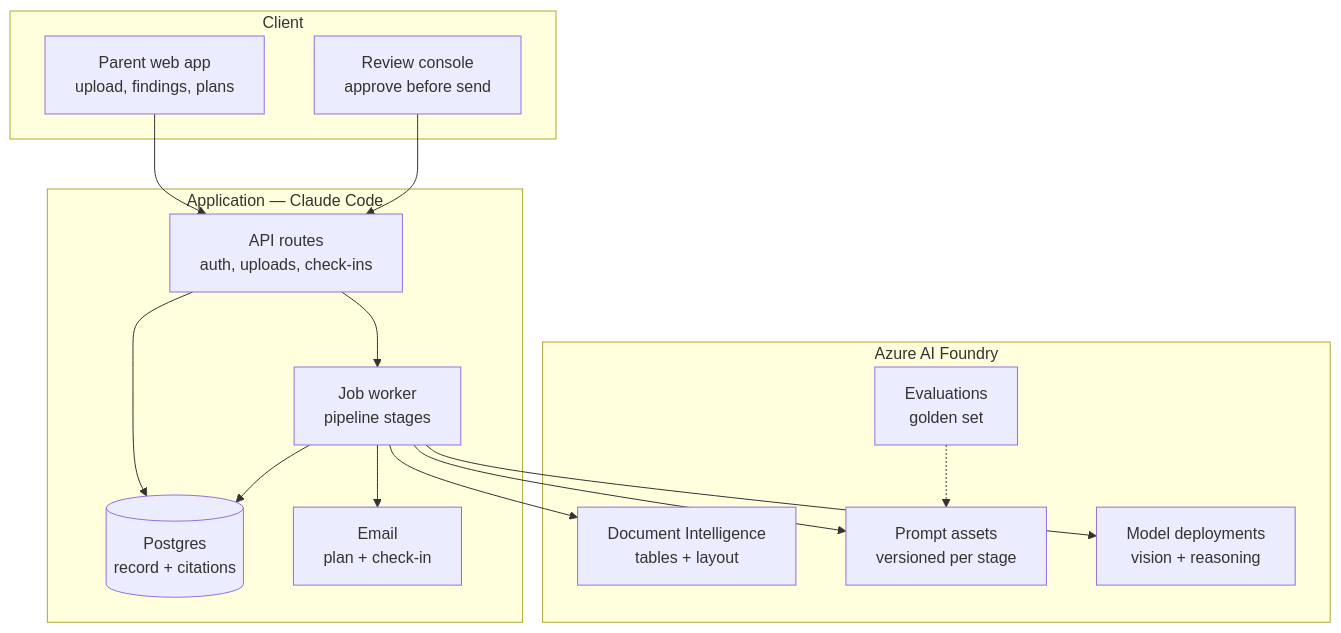
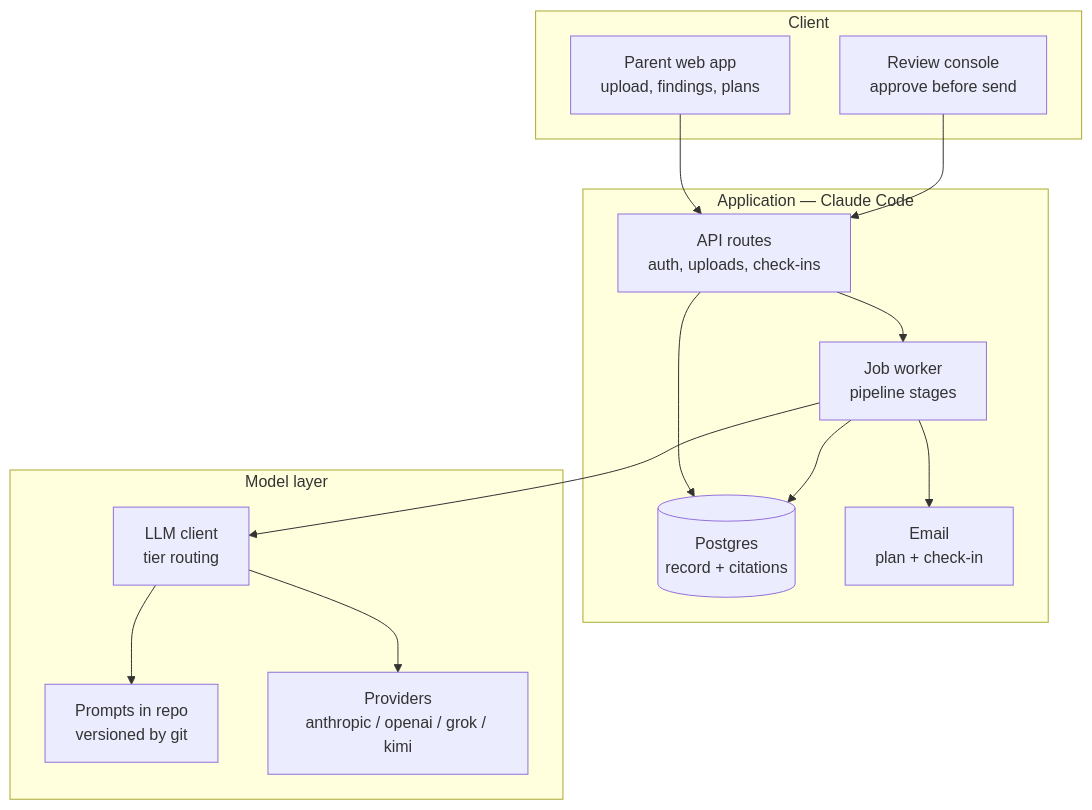
The diagram in docs/engineering/engineering-doc.md (sahil1808agg/edtech-NurtureOS), drawn with Mermaid before and after one commit. The commit also changed other lines of this file and 1 other file, not shown here.

First line of the commit message:
Update HLD and LLD — prompts in repo, provider-agnostic models, no OCR pre-pass

````diff
--- a/docs/engineering/engineering-doc.md
+++ b/docs/engineering/engineering-doc.md
@@ -34,27 +39,26 @@
 ```mermaid
 flowchart TB
     subgraph client[Client]
         PW[Parent web app<br/>upload, findings, plans]
         RC[Review console<br/>approve before send]
     end
     subgraph app[Application — Claude Code]
         API[API routes<br/>auth, uploads, check-ins]
         W[Job worker<br/>pipeline stages]
         DB[(Postgres<br/>record + citations)]
         EM[Email<br/>plan + check-in]
     end
-    subgraph azure[Azure AI Foundry]
-        DI[Document Intelligence<br/>tables + layout]
-        PA[Prompt assets<br/>versioned per stage]
-        MD[Model deployments<br/>vision + reasoning]
-        EV[Evaluations<br/>golden set]
+    subgraph llm[Model layer]
+        LC[LLM client<br/>tier routing]
+        PR[Prompts in repo<br/>versioned by git]
+        PV[Providers<br/>anthropic / openai / grok / kimi]
     end
     PW --> API
     RC --> API
     API --> DB
     API --> W
     W --> DB
-    W --> DI & PA & MD
+    W --> LC
+    LC --> PR & PV
     W --> EM
-    EV -.-> PA
 ```
````
